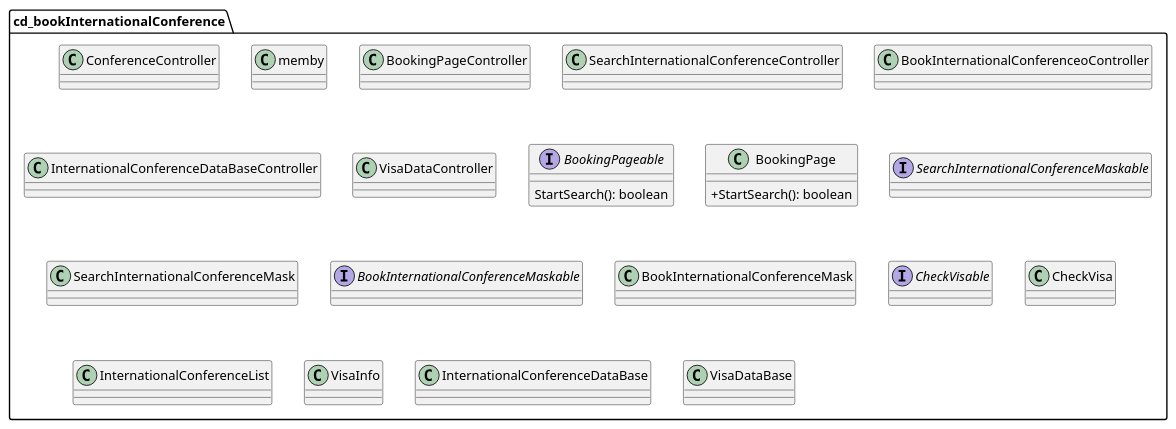
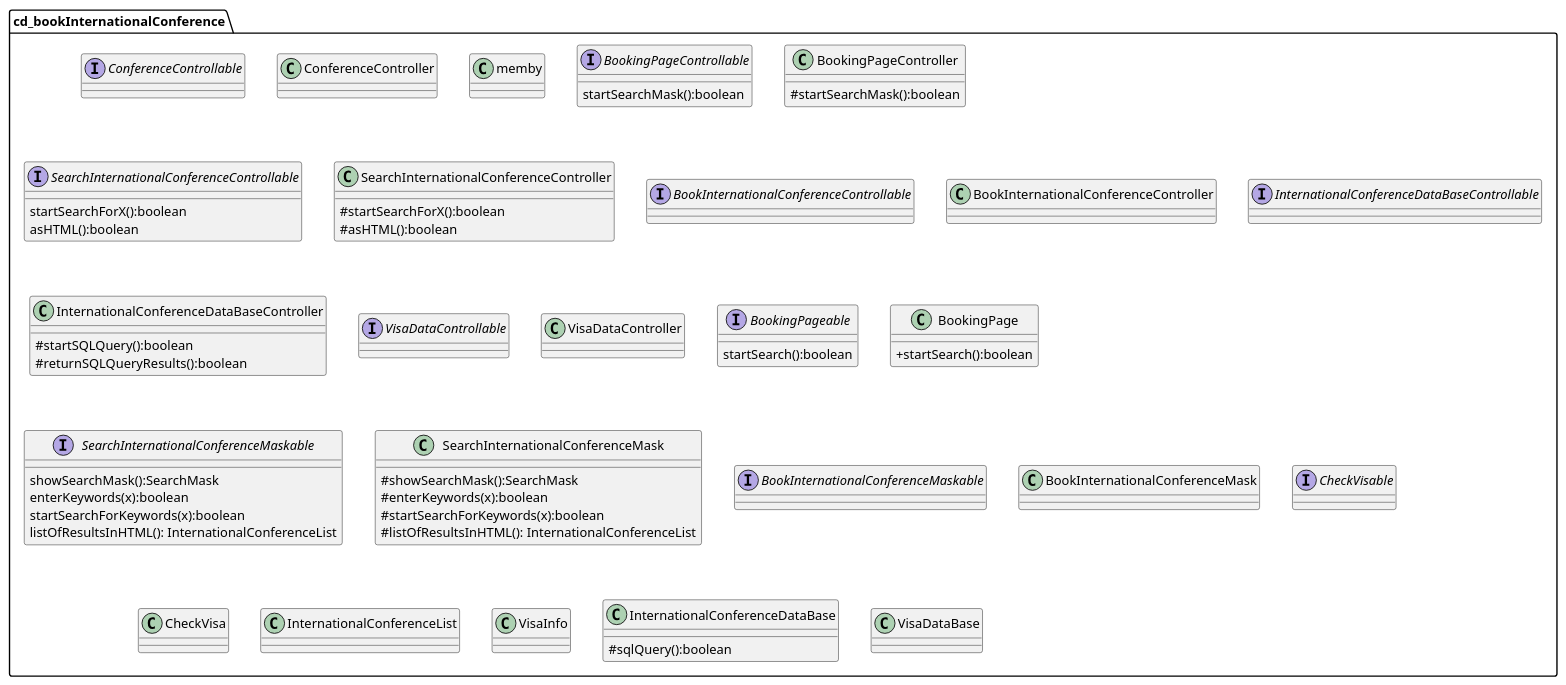
Before and after one commit to 1nbetw33n/Parkhaus_new: the diagram in src/main/personal_spaces/bella/exercise5/cd_bookInternationalConference.puml, drawn with PlantUML.

Commit message:
Added search process for international conference, so that in the next step we can initiate the booking process and perform the visa check.

```diff
--- a/src/main/personal_spaces/bella/exercise5/cd_bookInternationalConference.puml
+++ b/src/main/personal_spaces/bella/exercise5/cd_bookInternationalConference.puml
@@ -1,106 +1,140 @@
 @startuml
 skinparam classAttributeIconSize 0
 
 package cd_bookInternationalConference {
+
+    interface ConferenceControllable {
+
+    }
+
     class ConferenceController {
 
     }
 
 
     class memby {
 
     }
 
 
+    interface BookingPageControllable {
+        startSearchMask():boolean
+    }
+
     class BookingPageController{
+        #startSearchMask():boolean
+    }
+
+
+    interface SearchInternationalConferenceControllable {
+        startSearchForX():boolean
+        asHTML():boolean
+    }
+
+    class SearchInternationalConferenceController {
+        #startSearchForX():boolean
+        #asHTML():boolean
+    }
+
+
+    interface BookInternationalConferenceControllable {
+
+    }
+
+    class BookInternationalConferenceController {
 
     }
 
 
-    class SearchInternationalConferenceController {
+    interface InternationalConferenceDataBaseControllable {
 
     }
 
-
-    class BookInternationalConferenceoController {
-
+    class InternationalConferenceDataBaseController {
+        #startSQLQuery():boolean
+        #returnSQLQueryResults():boolean
     }
 
 
-    class InternationalConferenceDataBaseController {
+    interface VisaDataControllable {
 
     }
-
 
     class VisaDataController {
 
     }
 
 
     interface BookingPageable {
-    StartSearch(): boolean
+    startSearch():boolean
 
     }
 
 
     class BookingPage {
-    +StartSearch(): boolean
+    +startSearch():boolean
     }
 
 
     interface SearchInternationalConferenceMaskable {
-
+        showSearchMask():SearchMask
+        enterKeywords(x):boolean
+        startSearchForKeywords(x):boolean
+        listOfResultsInHTML(): InternationalConferenceList
     }
 
 
     class SearchInternationalConferenceMask {
-
+        #showSearchMask():SearchMask
+        #enterKeywords(x):boolean
+        #startSearchForKeywords(x):boolean
+        #listOfResultsInHTML(): InternationalConferenceList
     }
 
 
     interface BookInternationalConferenceMaskable {
 
     }
 
 
     class BookInternationalConferenceMask {
 
     }
 
 
     interface CheckVisable {
 
     }
 
 
     class CheckVisa {
 
     }
 
 
     class InternationalConferenceList {
 
     }
 
 
     class VisaInfo {
 
     }
 
 
     class InternationalConferenceDataBase {
-
+        #sqlQuery():boolean
     }
 
 
     class VisaDataBase {
 
     }
 
 
 
 
 
 
 }
 @enduml
```
